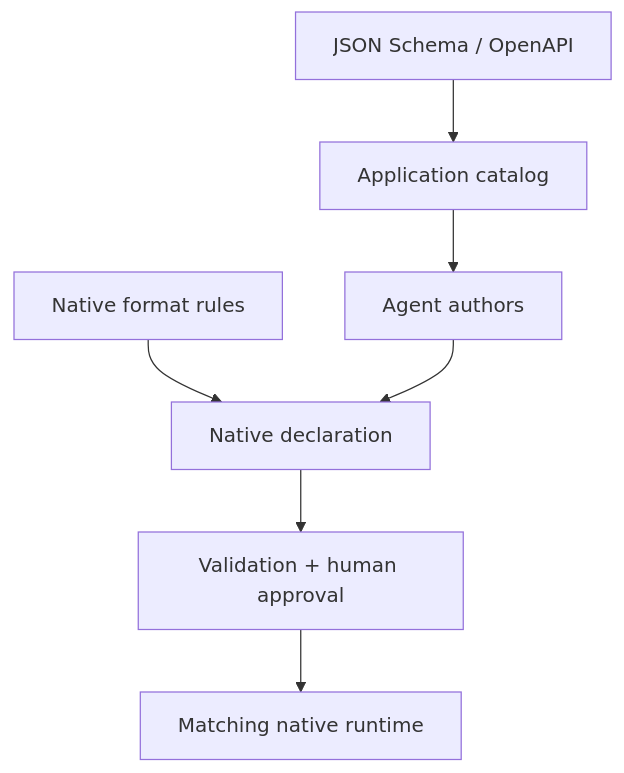
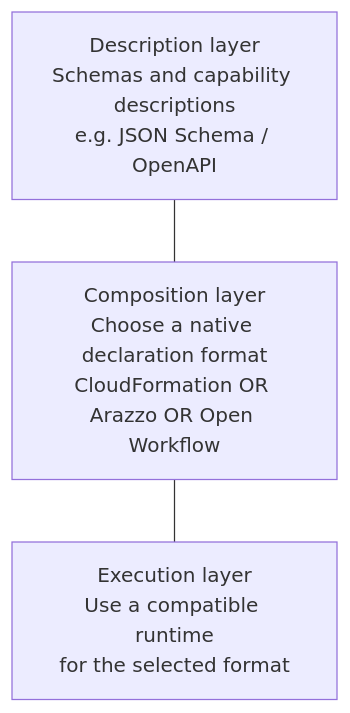
Before and after one commit to vhiekin/aapi: the diagram in PROPOSAL.md, drawn with Mermaid. The commit also changed other lines of this file and 4 other files, not shown here.

First line of the commit message:
Make proposal diagrams follow a clear reading order

````diff
--- a/PROPOSAL.md
+++ b/PROPOSAL.md
@@ -64,9 +66,8 @@
 ```mermaid
 flowchart TB
-  S["JSON Schema / OpenAPI"] --> C["Application catalog"]
-  C --> A["Agent authors"]
-  F["Native format rules"] --> D["Native declaration"]
-  A --> D
-  D --> G["Validation + human approval"]
-  G --> R["Matching native runtime"]
+  S["Description layer<br/>Schemas and capability descriptions<br/>e.g. JSON Schema / OpenAPI"]
+  C["Composition layer<br/>Choose a native declaration format<br/>CloudFormation OR Arazzo OR Open Workflow"]
+  R["Execution layer<br/>Use a compatible runtime<br/>for the selected format"]
+  S --- C
+  C --- R
 ```
````
